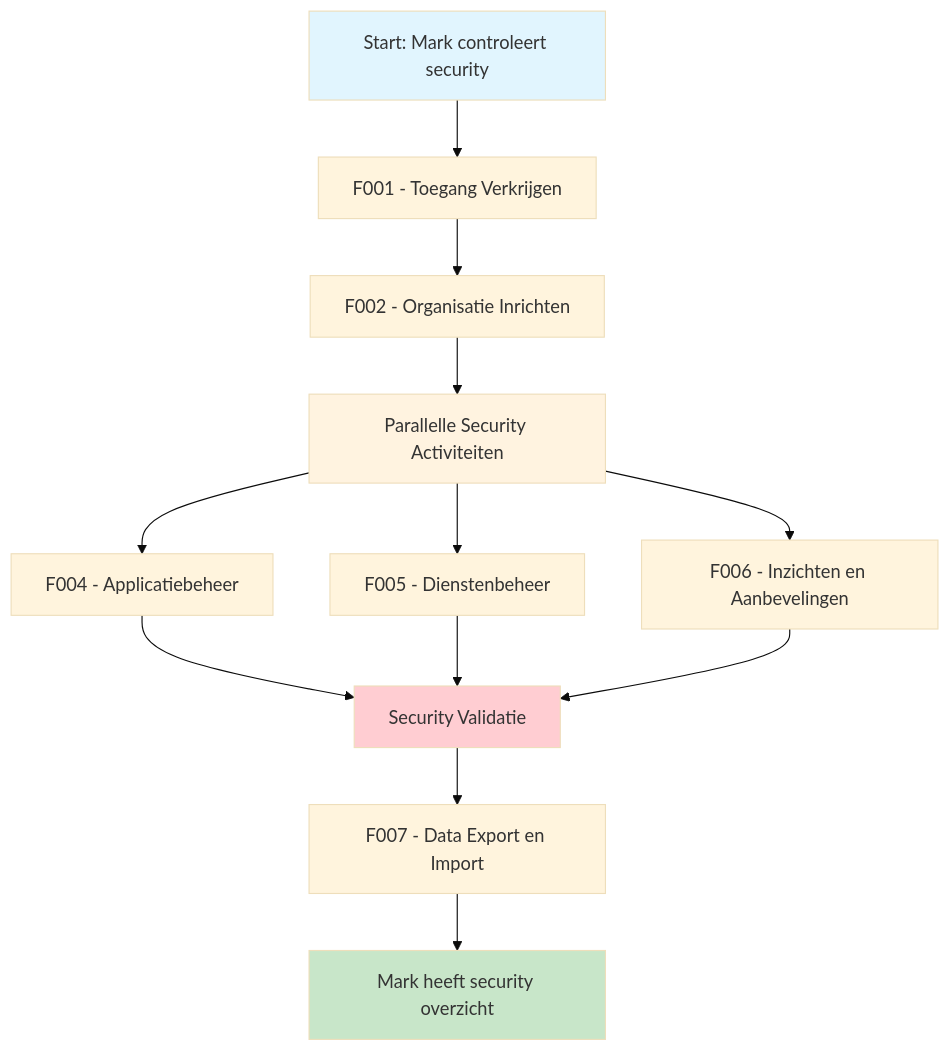
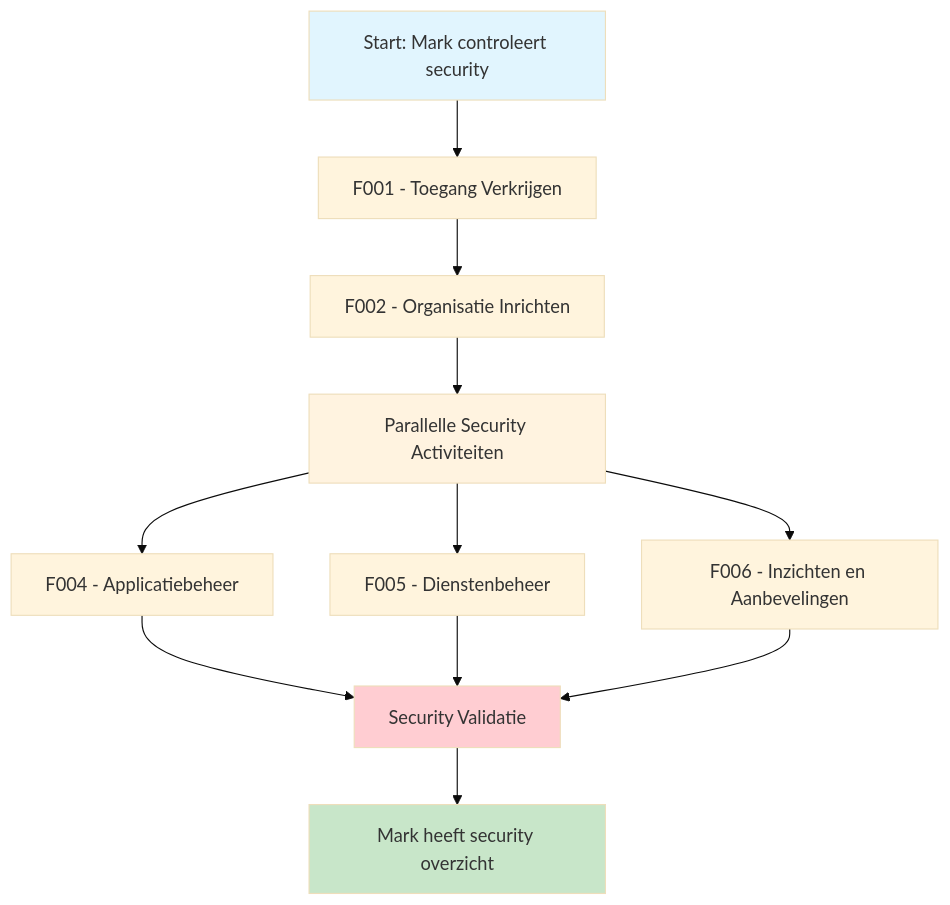
One commit to VNG-Realisatie/Softwarecatalogus changed the diagram in website/docs/Klantreizen/klantreis_security-officer.md. Above: the diagram before and after it, drawn with Mermaid (base theme). The commit also changed 7 other files, not shown here.

````diff
--- a/website/docs/Klantreizen/klantreis_security-officer.md
+++ b/website/docs/Klantreizen/klantreis_security-officer.md
@@ -37,22 +37,21 @@
 ```mermaid
 flowchart TD
     A[Start: Mark controleert security] --> F001[F001 - Toegang Verkrijgen]
     F001 --> F002[F002 - Organisatie Inrichten]
     F002 --> PARALLEL[Parallelle Security Activiteiten]
     
     PARALLEL --> F004[F004 - Applicatiebeheer]
     PARALLEL --> F005[F005 - Dienstenbeheer]
     PARALLEL --> F006[F006 - Inzichten en Aanbevelingen]
     
     F004 --> SECURITY[Security Validatie]
     F005 --> SECURITY
     F006 --> SECURITY
     
-    SECURITY --> F007[F007 - Data Export en Import]
-    F007 --> END[Mark heeft security overzicht]
+    SECURITY --> END[Mark heeft security overzicht]
     
     style A fill:#e1f5fe
     style END fill:#c8e6c9
     style PARALLEL fill:#fff3e0
     style SECURITY fill:#ffcdd2
 ```
````
